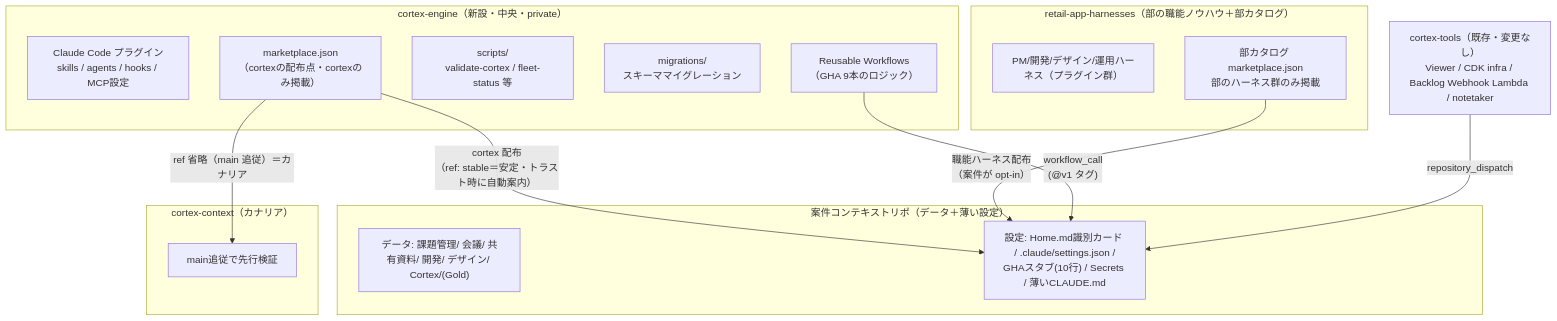
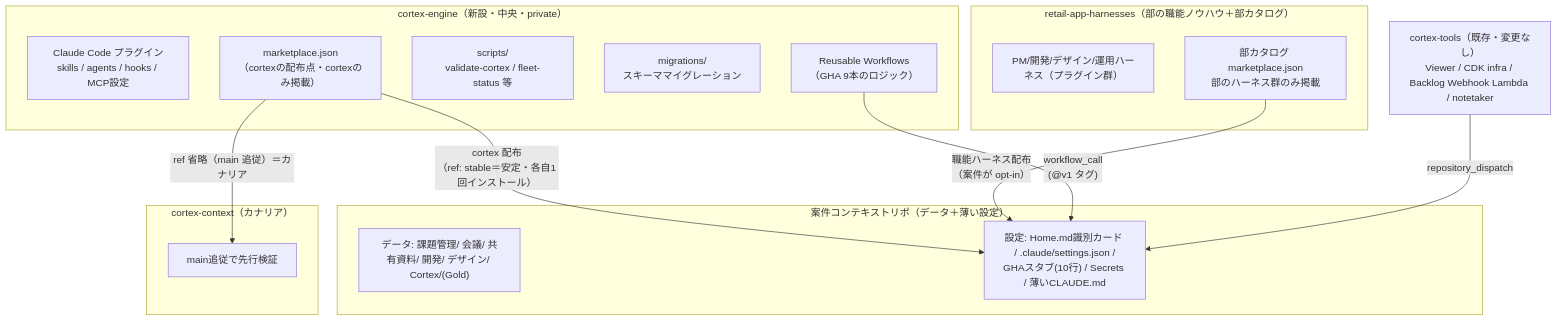
Before and after one commit to classmethod-team-app/cortex-engine: the diagram in docs/architecture.md, drawn with Mermaid. The commit also changed other lines of this file and 1 other file, not shown here.

````diff
--- a/docs/architecture.md
+++ b/docs/architecture.md
@@ -40,30 +40,30 @@
 ```mermaid
 graph TB
     subgraph engine["cortex-engine（新設・中央・private）"]
         PLUGIN["Claude Code プラグイン<br/>skills / agents / hooks / MCP設定"]
         RW["Reusable Workflows<br/>（GHA 9本のロジック）"]
         SCRIPTS["scripts/<br/>validate-cortex / fleet-status 等"]
         MIG["migrations/<br/>スキーママイグレーション"]
         MP["marketplace.json<br/>（cortexの配布点・cortexのみ掲載）"]
     end
 
     subgraph dept["retail-app-harnesses（部の職能ノウハウ＋部カタログ）"]
         HARNESS["PM/開発/デザイン/運用ハーネス（プラグイン群）"]
         CAT["部カタログ marketplace.json<br/>部のハーネス群のみ掲載"]
     end
 
     subgraph project["案件コンテキストリポ（データ＋薄い設定）"]
         DATA["データ: 課題管理/ 会議/ 共有資料/ 開発/ デザイン/ Cortex/(Gold)"]
         CONF["設定: Home.md識別カード / .claude/settings.json /<br/>GHAスタブ(10行) / Secrets / 薄いCLAUDE.md"]
     end
 
     subgraph canary["cortex-context（カナリア）"]
         C1["main追従で先行検証"]
     end
 
-    MP -- "cortex 配布<br/>（ref: stable＝安定・トラスト時に自動案内）" --> CONF
+    MP -- "cortex 配布<br/>（ref: stable＝安定・各自1回インストール）" --> CONF
     CAT -- "職能ハーネス配布<br/>（案件が opt-in）" --> CONF
     RW -- "workflow_call<br/>(@v1 タグ)" --> CONF
     MP -- "ref 省略（main 追従）＝カナリア" --> C1
     TOOLS["cortex-tools（既存・変更なし）<br/>Viewer / CDK infra / Backlog Webhook Lambda / notetaker"] -- "repository_dispatch" --> CONF
 ```
````
